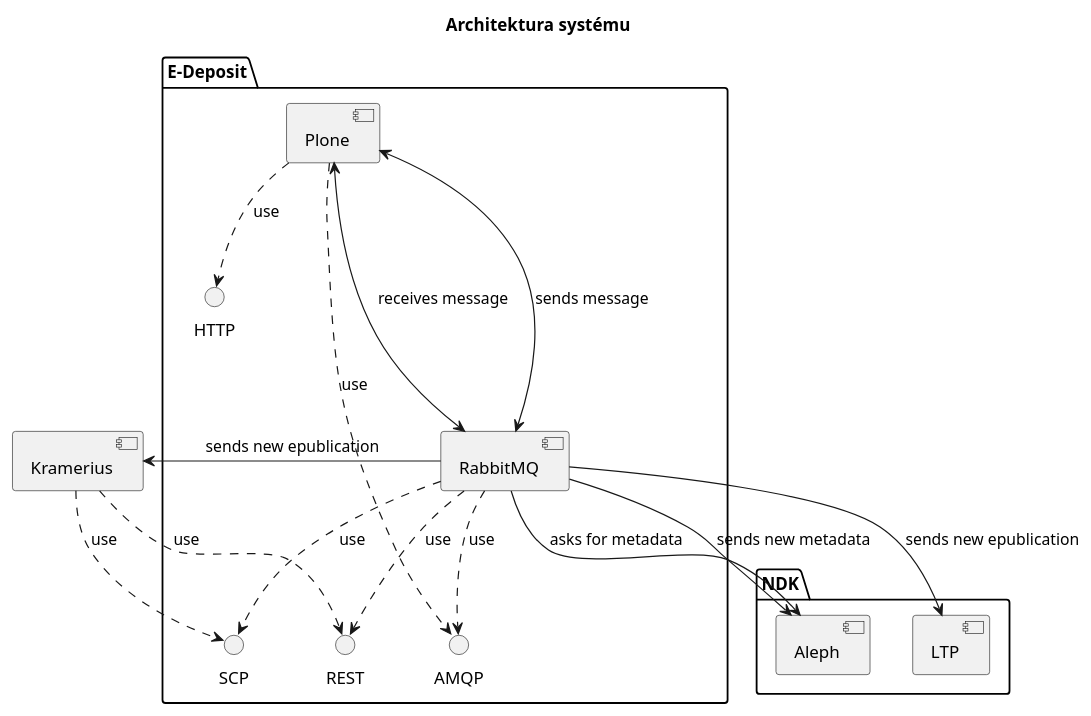
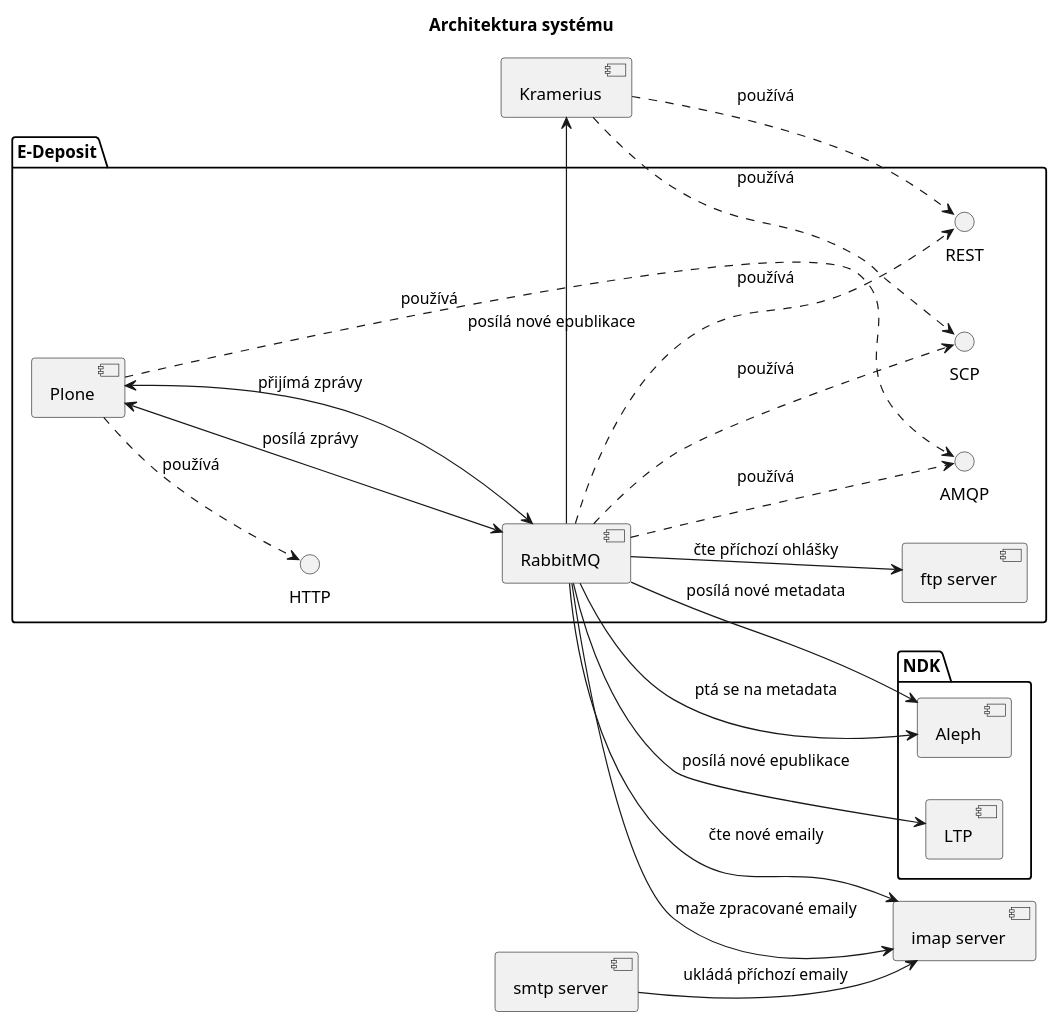
Before and after one commit to edeposit/edeposit.policy: the diagram in docs/architecture.plantuml, drawn with PlantUML. The commit also changed 1 other file, not shown here.

Commit message:
finished architecture diagram.

```diff
--- a/docs/architecture.plantuml
+++ b/docs/architecture.plantuml
@@ -1,32 +1,41 @@
 @startuml
+left to right direction
 skinparam componentStyle uml2
 title Architektura systému
-
 
 package "E-Deposit" {
 () "HTTP" as HTTP
 () "SCP" as SCP
 () "AMQP" as AMQP
 
-[RabbitMQ] ..> AMQP : use
-[RabbitMQ] ..> SCP : use
-[RabbitMQ] ..> REST : use
-[Plone] ..> AMQP : use
-[Plone] <---> [RabbitMQ] : sends message
-[Plone] <---> [RabbitMQ] : receives message
-[Plone] ..> HTTP : use
+[RabbitMQ] ..> AMQP : používá
+[RabbitMQ] ..> SCP : používá
+[RabbitMQ] ..> REST : používá
+[Plone] ..> AMQP : používá
+[Plone] <---> [RabbitMQ] : posílá zprávy
+[Plone] <---> [RabbitMQ] : přijímá zprávy
+[Plone] ..> HTTP : používá
+[ftp server]
+[RabbitMQ] --> [ftp server] : čte příchozí ohlášky
 }
 
+[smtp server]
+[smtp server] --> [imap server] : ukládá příchozí emaily
+
+[imap server]
+[RabbitMQ] --> [imap server] : čte nové emaily
+[RabbitMQ] --> [imap server] : maže zpracované emaily
+
 package "NDK" {
-[RabbitMQ] --> [Aleph] : asks for metadata
-[RabbitMQ] --> [Aleph] : sends new metadata
-[RabbitMQ] --> [LTP] : sends new epublication
+[RabbitMQ] --> [Aleph] : ptá se na metadata
+[RabbitMQ] --> [Aleph] : posílá nové metadata
+[RabbitMQ] --> [LTP] : posílá nové epublikace
 [Aleph]
 [LTP]
 }
 
-[RabbitMQ] --> [Kramerius] : sends new epublication
-[Kramerius] ..> REST : use
-[Kramerius] ..> SCP : use
+[RabbitMQ] --> [Kramerius] : posílá nové epublikace
+[Kramerius] ..> REST : používá
+[Kramerius] ..> SCP : používá
 
 @enduml
```
